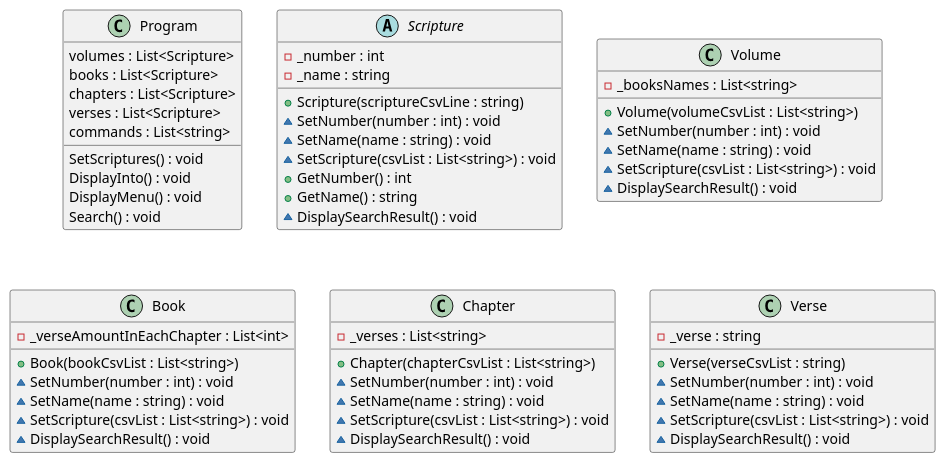
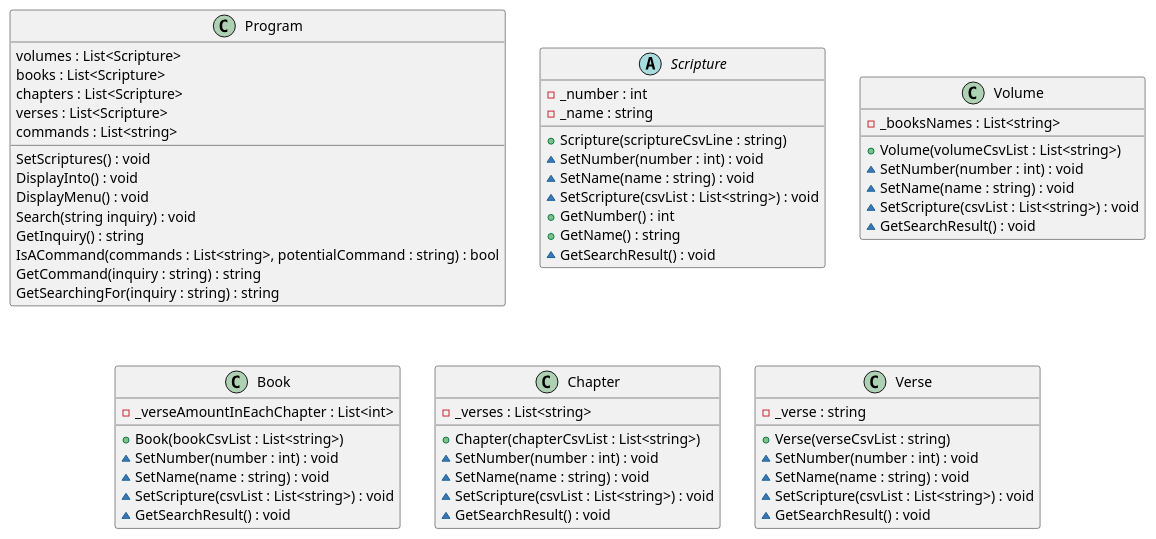
Before and after one commit to joshwmerrell/cse210-projects: the diagram in final/FinalProject/design.puml, drawn with PlantUML. The commit also changed 6 other files, not shown here.

Commit message:
Program.cs is now completed and runs without error. It is in its first completely working iteration. Updated all scripture classes and uml deisgn to work with Program.cs and relect this.

```diff
--- a/final/FinalProject/design.puml
+++ b/final/FinalProject/design.puml
@@ -1,74 +1,73 @@
 @startuml finalDesign
 
 class Program
 {
     volumes : List<Scripture>
     books : List<Scripture>
     chapters : List<Scripture>
     verses : List<Scripture>
     commands : List<string>
     SetScriptures() : void
     DisplayInto() : void
     DisplayMenu() : void
-    Search() : void
-    ' GetInquiry() : string
-    ' CommandAndSearchingForArePresent() : bool
-    ' CommandIsPresent() : bool
-    ' GetCommand(inquiry : string) : string
-    ' GetSearchingFor(inquiry : string) : string
+    Search(string inquiry) : void
+    GetInquiry() : string
+    IsACommand(commands : List<string>, potentialCommand : string) : bool
+    GetCommand(inquiry : string) : string
+    GetSearchingFor(inquiry : string) : string
 }
 
 abstract Scripture
 {
     -_number : int
     -_name : string
     +Scripture(scriptureCsvLine : string)
     ~SetNumber(number : int) : void
     ~SetName(name : string) : void
     ~SetScripture(csvList : List<string>) : void
     +GetNumber() : int
     +GetName() : string
-    ~DisplaySearchResult() : void
+    ~GetSearchResult() : void
 }
 
 class Volume
 {
     -_booksNames : List<string>
     +Volume(volumeCsvList : List<string>)
     ~SetNumber(number : int) : void
     ~SetName(name : string) : void
     ~SetScripture(csvList : List<string>) : void
-    ~DisplaySearchResult() : void
+    ~GetSearchResult() : void
 }
 
 class Book
 {
     -_verseAmountInEachChapter : List<int>
     +Book(bookCsvList : List<string>)
     ~SetNumber(number : int) : void
     ~SetName(name : string) : void
     ~SetScripture(csvList : List<string>) : void
-    ~DisplaySearchResult() : void
+    ~GetSearchResult() : void
 }
 
 class Chapter
 {
     -_verses : List<string>
     +Chapter(chapterCsvList : List<string>)
     ~SetNumber(number : int) : void
     ~SetName(name : string) : void
     ~SetScripture(csvList : List<string>) : void
-    ~DisplaySearchResult() : void
+    ~GetSearchResult() : void
 }
 
 class Verse
 {
     -_verse : string
     +Verse(verseCsvList : string)
     ~SetNumber(number : int) : void
     ~SetName(name : string) : void
     ~SetScripture(csvList : List<string>) : void
-    ~DisplaySearchResult() : void
+    ~GetSearchResult() : void
 }
 
 @enduml
```
